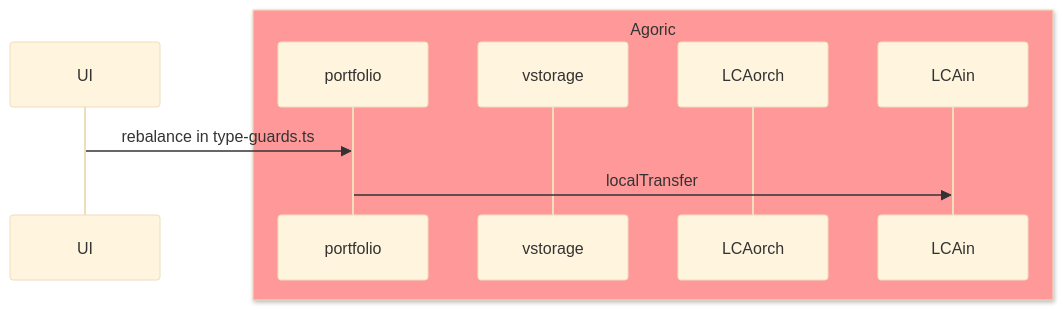
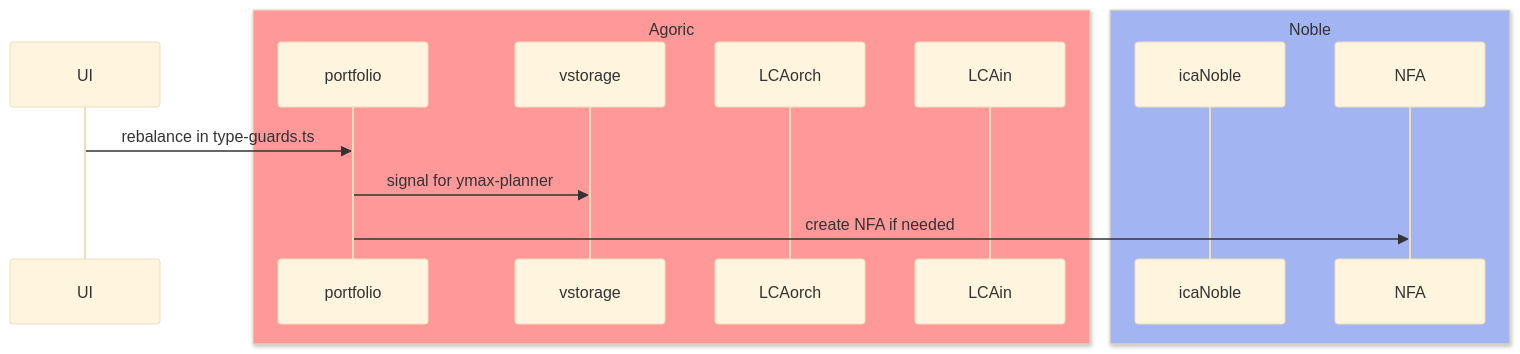
The third of 9 diagrams in packages/portfolio-contract/DESIGN-BETA.md (Agoric/agoric-sdk), drawn with Mermaid (base theme) before and after one commit. The commit also changed other lines of this file, not shown here.

Commit message:
docs(portfolio-contract): incorporate single-flow and NFA into design

````diff
--- a/packages/portfolio-contract/DESIGN-BETA.md
+++ b/packages/portfolio-contract/DESIGN-BETA.md
@@ -51,13 +57,19 @@
 ```mermaid
 sequenceDiagram
   UI ->> portfolio: rebalance in type-guards.ts
 
   box rgb(255,153,153) Agoric
     participant portfolio
     participant vstorage
     participant LCAorch
     participant LCAin
   end
 
-  portfolio ->> LCAin: localTransfer
+  box rgb(163,180,243) Noble
+    participant icaN as icaNoble
+    participant NFA as NFA
+  end
+
+  portfolio ->> vstorage: signal for ymax-planner
+  portfolio ->> NFA: create NFA if needed
 ```
````
